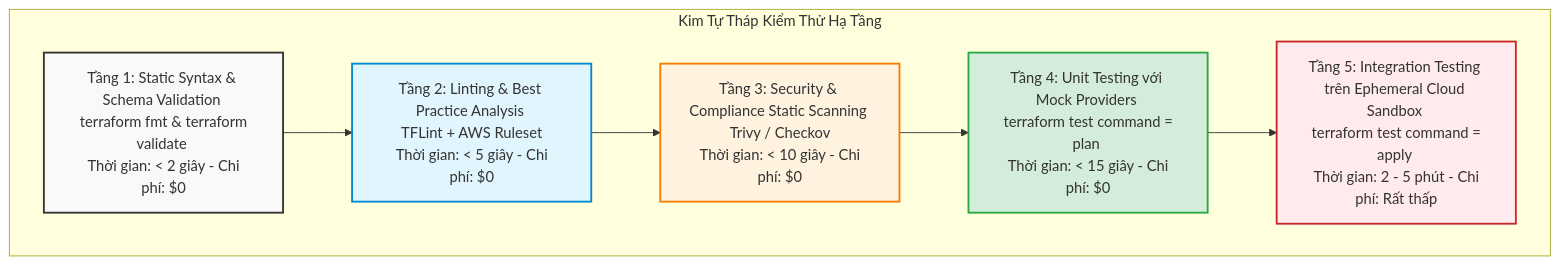
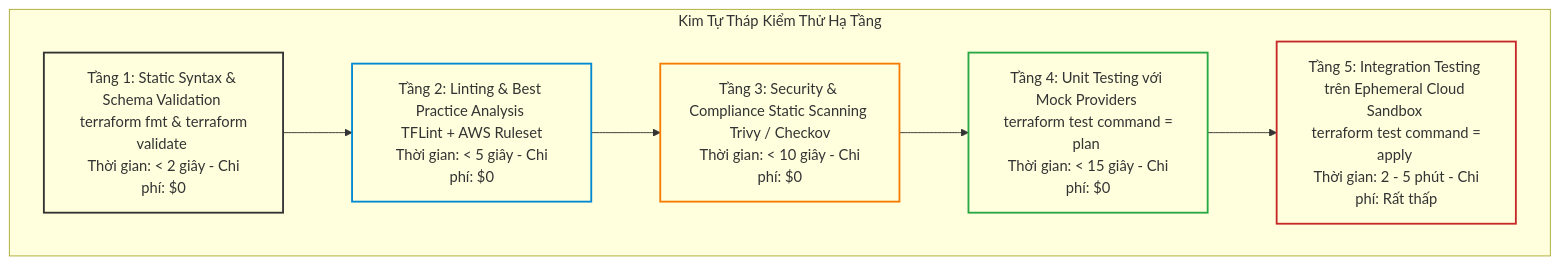
The first of 7 diagrams in _posts/2026-09-13-terraform-21-21-kiem-thu-ha-tang-terraform-test-tflint-trivy-va-validate.md (kiennt308/ntk), drawn with Mermaid before and after one commit. The commit also changed other lines of this file and 207 other files, not shown here.

Commit message:
feat(posts): batch standardize all 208 posts with TL;DR, qa-card accordion, fill:none mermaid, and liquid raw wrappers

````diff
--- a/_posts/2026-09-13-terraform-21-21-kiem-thu-ha-tang-terraform-test-tflint-trivy-va-validate.md
+++ b/_posts/2026-09-13-terraform-21-21-kiem-thu-ha-tang-terraform-test-tflint-trivy-va-validate.md
@@ -36,23 +40,23 @@
 ```mermaid
 flowchart TD
     subgraph Pyramid ["Kim Tự Tháp Kiểm Thử Hạ Tầng"]
         L1["Tầng 1: Static Syntax & Schema Validation \n terraform fmt & terraform validate \n Thời gian: &lt; 2 giây - Chi phí: $0"]
         L2["Tầng 2: Linting & Best Practice Analysis \n TFLint + AWS Ruleset \n Thời gian: &lt; 5 giây - Chi phí: $0"]
         L3["Tầng 3: Security & Compliance Static Scanning \n Trivy / Checkov \n Thời gian: &lt; 10 giây - Chi phí: $0"]
         L4["Tầng 4: Unit Testing với Mock Providers \n terraform test command = plan \n Thời gian: &lt; 15 giây - Chi phí: $0"]
         L5["Tầng 5: Integration Testing trên Ephemeral Cloud Sandbox \n terraform test command = apply \n Thời gian: 2 - 5 phút - Chi phí: Rất thấp"]
     end
 
     L1 --> L2
     L2 --> L3
     L3 --> L4
     L4 --> L5
 
-    style L1 fill:#f9f9f9,stroke:#333,stroke-width:2px
-    style L2 fill:#e1f5fe,stroke:#0288d1,stroke-width:2px
-    style L3 fill:#fff3e0,stroke:#f57c00,stroke-width:2px
-    style L4 fill:#d4edda,stroke:#28a745,stroke-width:2px
-    style L5 fill:#ffebee,stroke:#c62828,stroke-width:2px
+    style L1 fill:none,stroke:#333,stroke-width:2px
+    style L2 fill:none,stroke:#0288d1,stroke-width:2px
+    style L3 fill:none,stroke:#f57c00,stroke-width:2px
+    style L4 fill:none,stroke:#28a745,stroke-width:2px
+    style L5 fill:none,stroke:#c62828,stroke-width:2px
 
 
 ```
````
